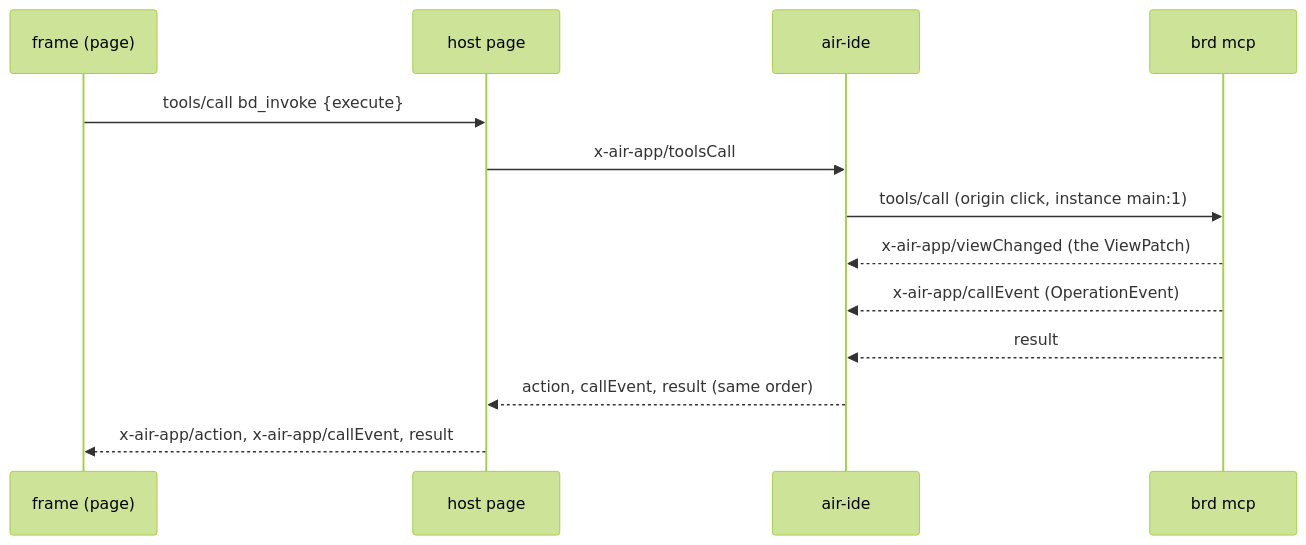
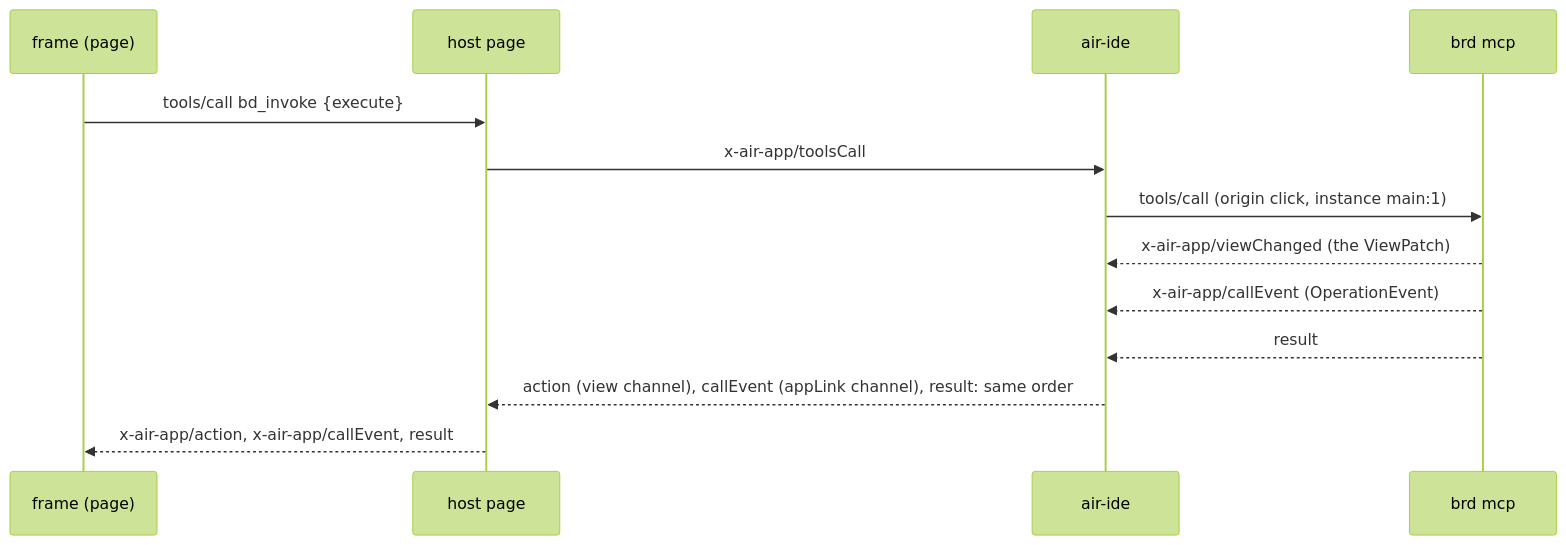
One commit to develar/branch-deck changed the second of 2 diagrams in docs/design/ide-embedding.md. Above: the diagram before and after it, drawn with Mermaid (forest theme). The commit also changed other lines of this file and 12 other files, not shown here.

````diff
--- a/docs/design/ide-embedding.md
+++ b/docs/design/ide-embedding.md
@@ -66,15 +76,15 @@
 ```mermaid
 sequenceDiagram
     participant F as frame (page)
     participant H as host page
     participant A as air-ide
     participant B as brd mcp
     F->>H: tools/call bd_invoke {execute}
     H->>A: x-air-app/toolsCall
     A->>B: tools/call (origin click, instance main:1)
     B-->>A: x-air-app/viewChanged (the ViewPatch)
     B-->>A: x-air-app/callEvent (OperationEvent)
     B-->>A: result
-    A-->>H: action, callEvent, result (same order)
+    A-->>H: action (view channel), callEvent (appLink channel), result: same order
     H-->>F: x-air-app/action, x-air-app/callEvent, result
 ```
````
